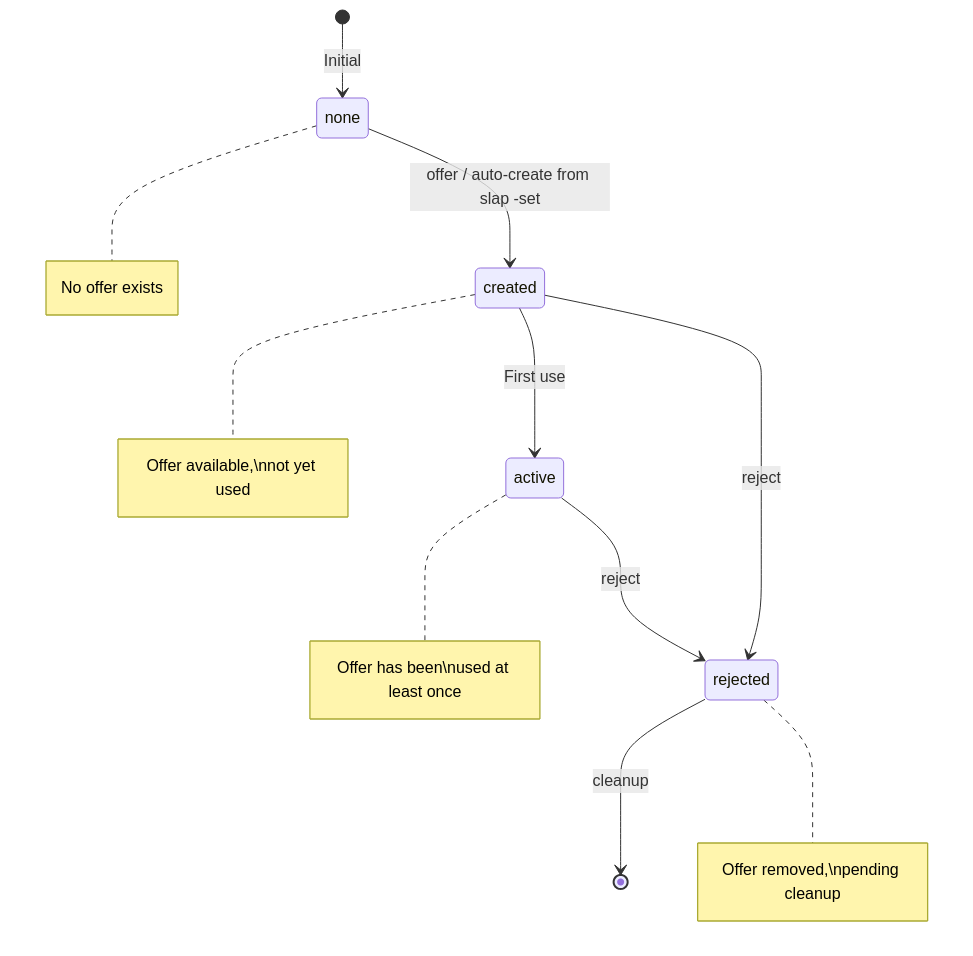
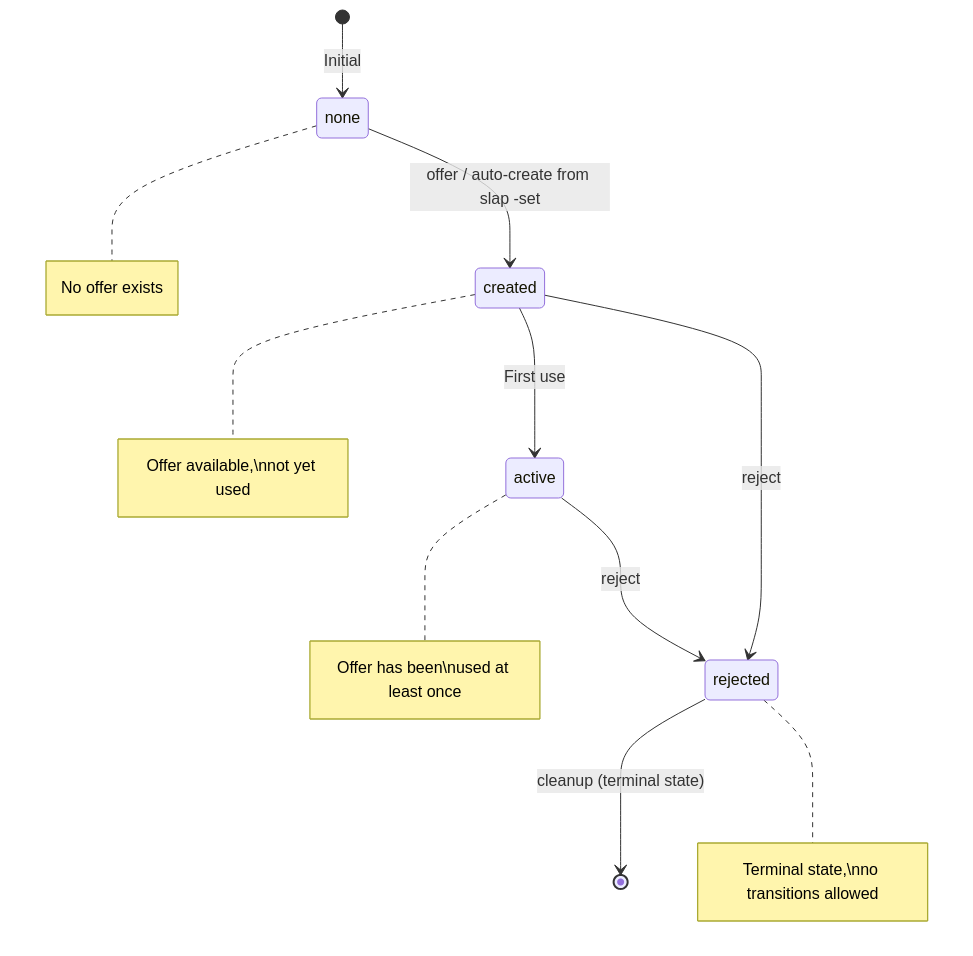
One commit to deadcoast/vince changed the second of 3 diagrams in docs/states.md. Above: the diagram before and after it, drawn with Mermaid. The commit also changed other lines of this file and 9 other files, not shown here.

````diff
--- a/docs/states.md
+++ b/docs/states.md
@@ -362,18 +378,18 @@
 ```mermaid
 stateDiagram-v2
     [*] --> none: Initial
     
     none --> created: offer / auto-create from slap -set
     
     created --> active: First use
     created --> rejected: reject
     
     active --> rejected: reject
     
-    rejected --> [*]: cleanup
+    rejected --> [*]: cleanup (terminal state)
     
     note right of none: No offer exists
     note right of created: Offer available,\nnot yet used
     note right of active: Offer has been\nused at least once
-    note right of rejected: Offer removed,\npending cleanup
+    note right of rejected: Terminal state,\nno transitions allowed
 ```
````
